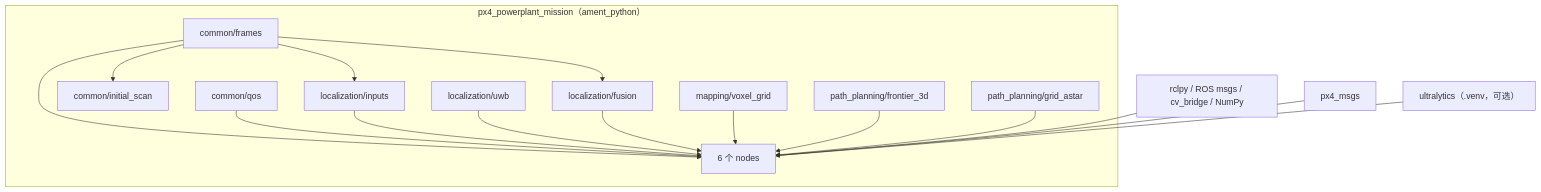
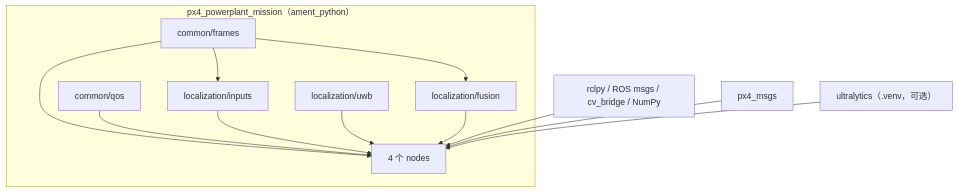
One commit to pawn-queen/px4_ros_ws changed the first of 3 diagrams in docs/architecture/dependency-map.md. Above: the diagram before and after it, drawn with Mermaid. The commit also changed other lines of this file and 58 other files, not shown here.

````diff
--- a/docs/architecture/dependency-map.md
+++ b/docs/architecture/dependency-map.md
@@ -26,34 +28,26 @@
 ```mermaid
 flowchart TB
   subgraph PY["px4_powerplant_mission（ament_python）"]
     FR["common/frames"]
     QOS["common/qos"]
-    SCAN["common/initial_scan"]
     INP["localization/inputs"]
     UWB["localization/uwb"]
     FUS["localization/fusion"]
-    VG["mapping/voxel_grid"]
-    F3["path_planning/frontier_3d"]
-    GA["path_planning/grid_astar"]
-    NODES["6 个 nodes"]
+    NODES["4 个 nodes"]
   end
 
   ROS["rclpy / ROS msgs / cv_bridge / NumPy"]
   PX4M["px4_msgs"]
   YOLO["ultralytics（.venv，可选）"]
 
   FR --> INP
   FR --> FUS
-  FR --> SCAN
   FR --> NODES
   QOS --> NODES
   INP --> NODES
   UWB --> NODES
   FUS --> NODES
-  VG --> NODES
-  F3 --> NODES
-  GA --> NODES
   ROS --> NODES
   PX4M --> NODES
   YOLO --> NODES
 ```
````
